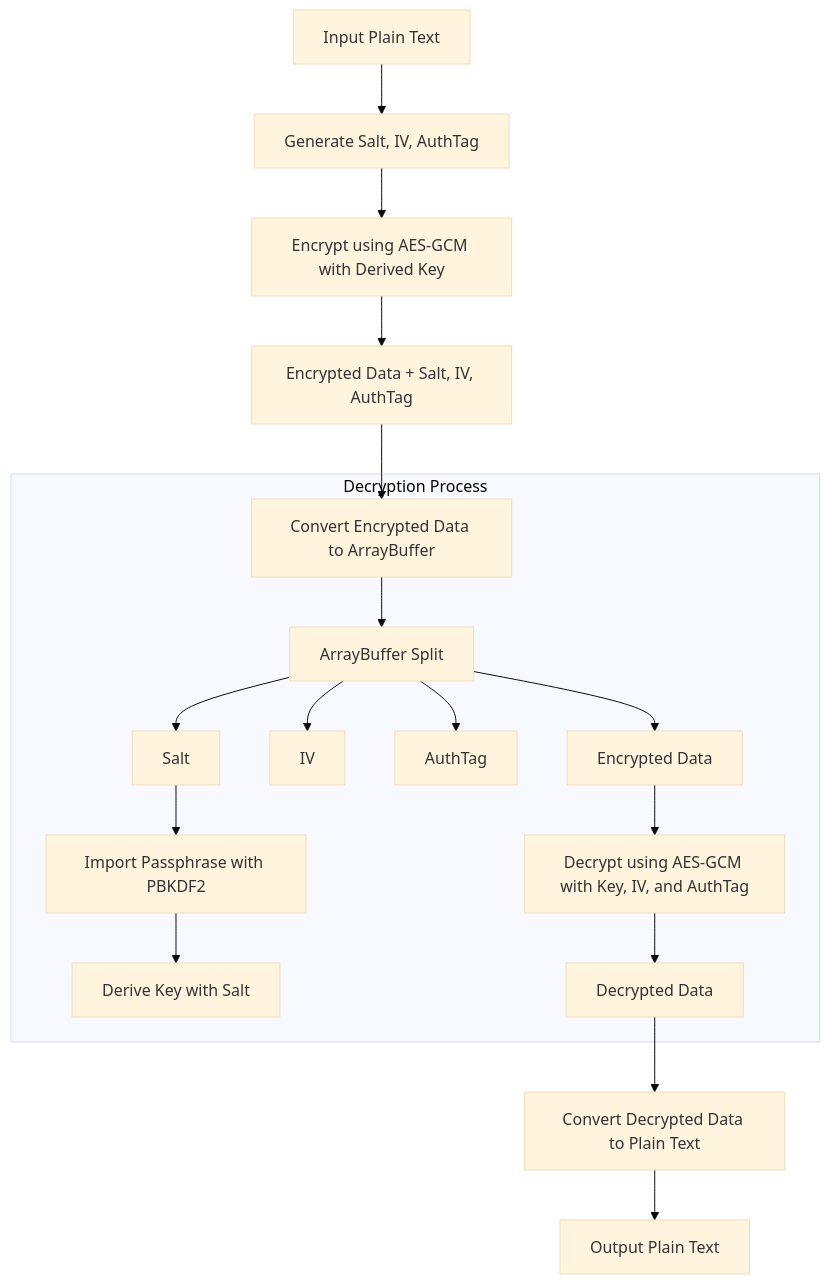
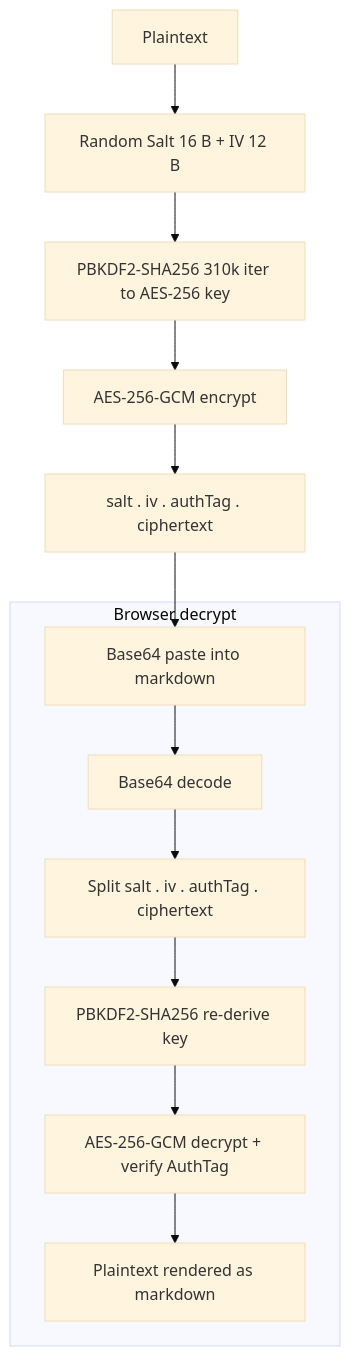
The diagram in README.md (gllmAR/docsify-ciphertext), drawn with Mermaid (base theme) before and after one commit. The commit also changed other lines of this file and 5 other files, not shown here.

````diff
--- a/README.md
+++ b/README.md
@@ -37,26 +65,16 @@
 ```mermaid
 graph TD
-    A[Input Plain Text] --> B[Generate Salt, IV, AuthTag]
-    B --> C[Encrypt using AES-GCM with Derived Key]
-    C --> D[Encrypted Data + Salt, IV, AuthTag]
-    
-    D --> E[Convert Encrypted Data to ArrayBuffer]
+    A[Plaintext] --> B[Random Salt 16 B + IV 12 B]
+    B --> C[PBKDF2-SHA256 310k iter to AES-256 key]
+    C --> D[AES-256-GCM encrypt]
+    D --> E[salt . iv . authTag . ciphertext]
+    E --> F[Base64 paste into markdown]
 
-    subgraph "Decryption Process"
-        E --> F[ArrayBuffer Split]
-        F --> G1[Salt]
-        F --> G2[IV]
-        F --> G3[AuthTag]
-        F --> G4[Encrypted Data]
-        
-        G1 --> H[Import Passphrase with PBKDF2]
-        H --> I[Derive Key with Salt]
-        
-        G4 --> J[Decrypt using AES-GCM with Key, IV, and AuthTag]
-        J --> K[Decrypted Data]
+    subgraph Browser decrypt
+        F --> G[Base64 decode]
+        G --> H[Split salt . iv . authTag . ciphertext]
+        H --> I[PBKDF2-SHA256 re-derive key]
+        I --> J[AES-256-GCM decrypt + verify AuthTag]
+        J --> K[Plaintext rendered as markdown]
     end
-    
-    K --> L[Convert Decrypted Data to Plain Text]
-    L --> M[Output Plain Text]
-
 ```
````
